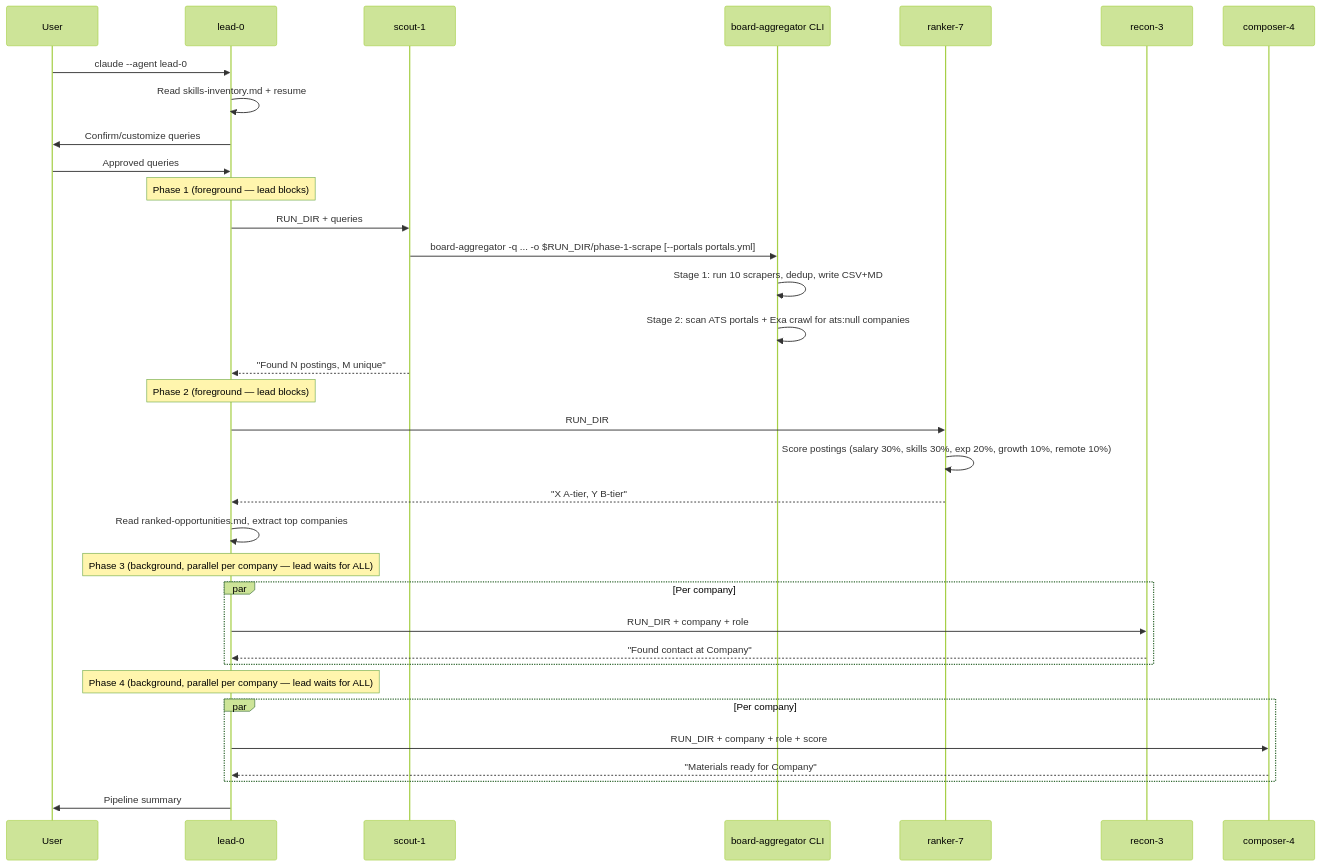
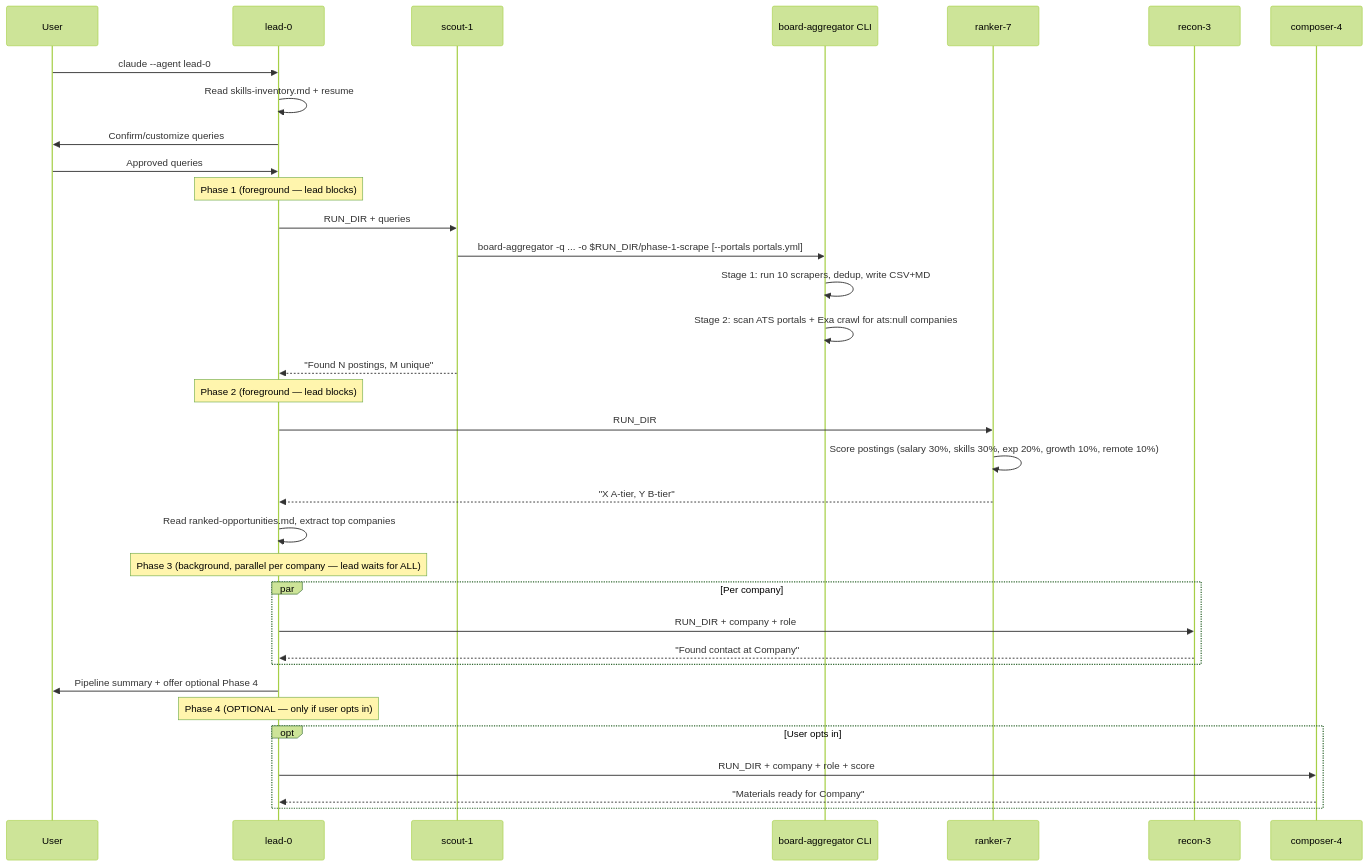
Before and after one commit to 0xquinto/dossier: the second of 2 diagrams in docs/CODEBASE_MAP.md, drawn with Mermaid (forest theme). The commit also changed other lines of this file and 3 other files, not shown here.

First line of the commit message:
docs: make Phase 4 (pitch) optional and sync across docs

````diff
--- a/docs/CODEBASE_MAP.md
+++ b/docs/CODEBASE_MAP.md
@@ -361,42 +361,42 @@
 ```mermaid
 sequenceDiagram
     participant User
     participant Lead as lead-0
     participant Scout as scout-1
     participant BA as board-aggregator CLI
     participant Ranker as ranker-7
     participant Recon as recon-3
     participant Composer as composer-4
 
     User->>Lead: claude --agent lead-0
     Lead->>Lead: Read skills-inventory.md + resume
     Lead->>User: Confirm/customize queries
     User->>Lead: Approved queries
 
     Note over Lead: Phase 1 (foreground — lead blocks)
     Lead->>Scout: RUN_DIR + queries
     Scout->>BA: board-aggregator -q ... -o $RUN_DIR/phase-1-scrape [--portals portals.yml]
     BA->>BA: Stage 1: run 10 scrapers, dedup, write CSV+MD
     BA->>BA: Stage 2: scan ATS portals + Exa crawl for ats:null companies
     Scout-->>Lead: "Found N postings, M unique"
 
     Note over Lead: Phase 2 (foreground — lead blocks)
     Lead->>Ranker: RUN_DIR
     Ranker->>Ranker: Score postings (salary 30%, skills 30%, exp 20%, growth 10%, remote 10%)
     Ranker-->>Lead: "X A-tier, Y B-tier"
     Lead->>Lead: Read ranked-opportunities.md, extract top companies
 
     Note over Lead: Phase 3 (background, parallel per company — lead waits for ALL)
     par Per company
         Lead->>Recon: RUN_DIR + company + role
         Recon-->>Lead: "Found contact at Company"
     end
 
-    Note over Lead: Phase 4 (background, parallel per company — lead waits for ALL)
-    par Per company
+    Lead->>User: Pipeline summary + offer optional Phase 4
+
+    Note over Lead: Phase 4 (OPTIONAL — only if user opts in)
+    opt User opts in
         Lead->>Composer: RUN_DIR + company + role + score
         Composer-->>Lead: "Materials ready for Company"
     end
-
-    Lead->>User: Pipeline summary
 ```
````
